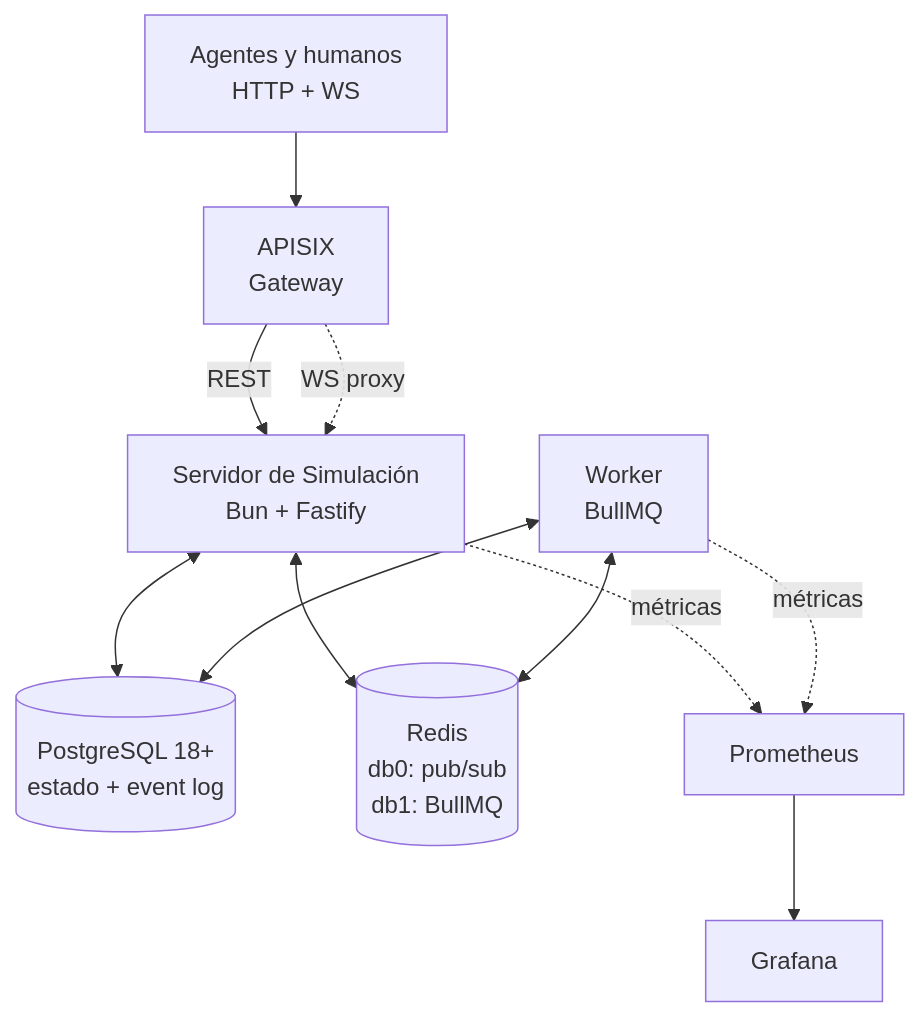
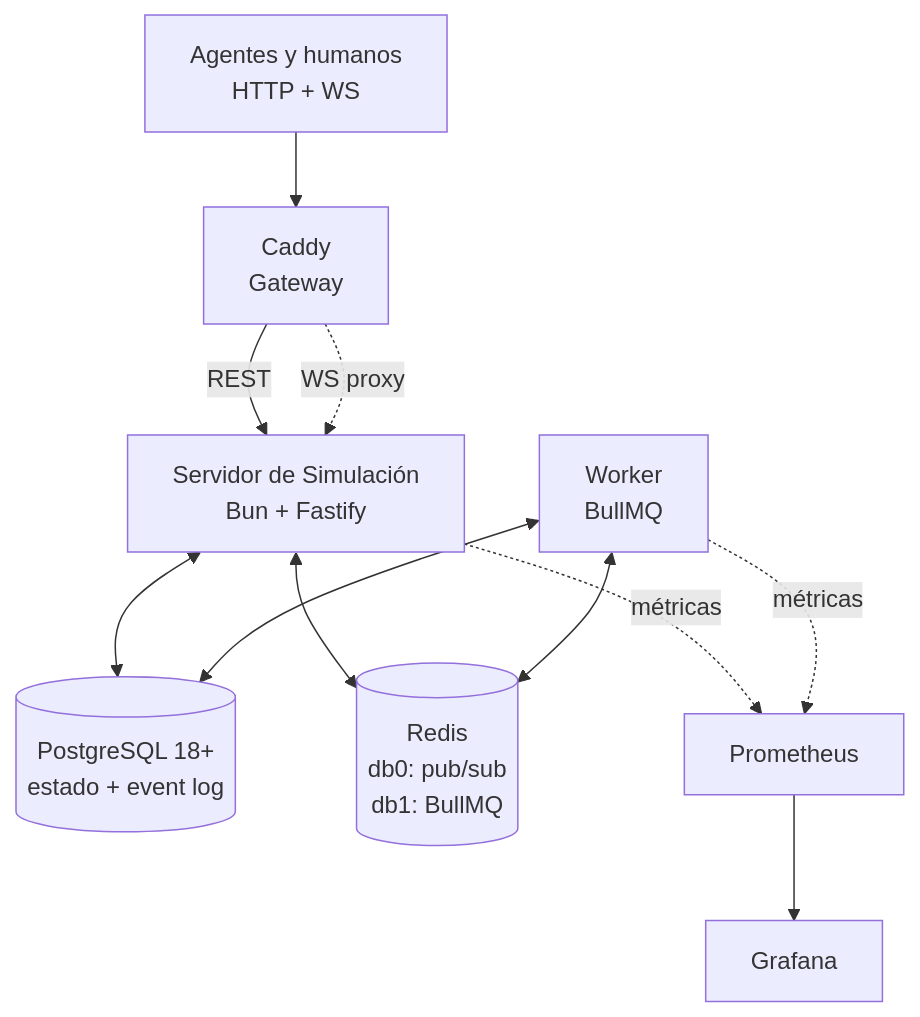
One commit to lokiteitor/Market-Simulator changed the second of 5 diagrams in docs/arquitectura_mercado_agricola.md. Above: the diagram before and after it, drawn with Mermaid. The commit also changed other lines of this file and 14 other files, not shown here.

Commit message:
Reemplazamos apisix por caddy

````diff
--- a/docs/arquitectura_mercado_agricola.md
+++ b/docs/arquitectura_mercado_agricola.md
@@ -84,13 +84,13 @@
 ```mermaid
 graph TB
-    Clientes[Agentes y humanos<br/>HTTP + WS] --> APISIX[APISIX<br/>Gateway]
-    APISIX -->|REST| Core[Servidor de Simulación<br/>Bun + Fastify]
-    APISIX -.->|WS proxy| Core
+    Clientes[Agentes y humanos<br/>HTTP + WS] --> Caddy[Caddy<br/>Gateway]
+    Caddy -->|REST| Core[Servidor de Simulación<br/>Bun + Fastify]
+    Caddy -.->|WS proxy| Core
     Core <--> PG[(PostgreSQL 18+<br/>estado + event log)]
     Core <--> Redis[(Redis<br/>db0: pub/sub<br/>db1: BullMQ)]
     Worker[Worker<br/>BullMQ] <--> PG
     Worker <--> Redis
     Core -.->|métricas| Prom[Prometheus]
     Worker -.->|métricas| Prom
     Prom --> Graf[Grafana]
 ```
````
